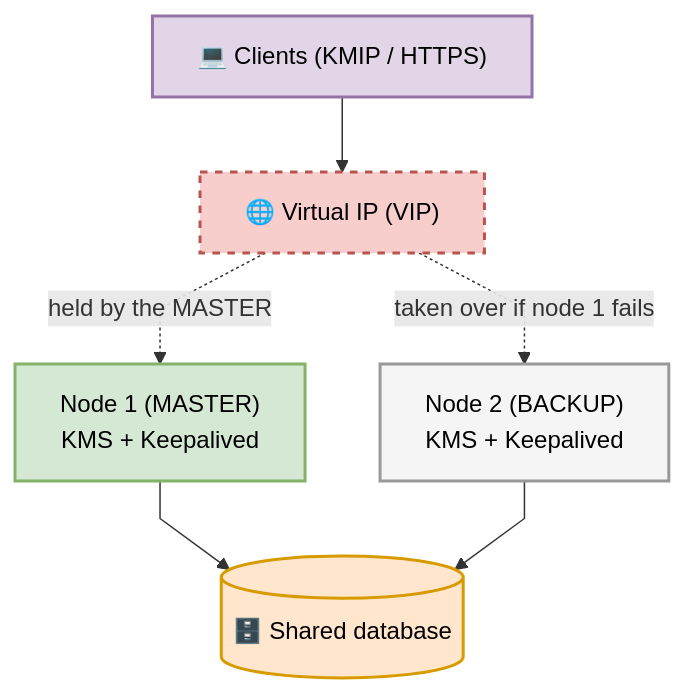
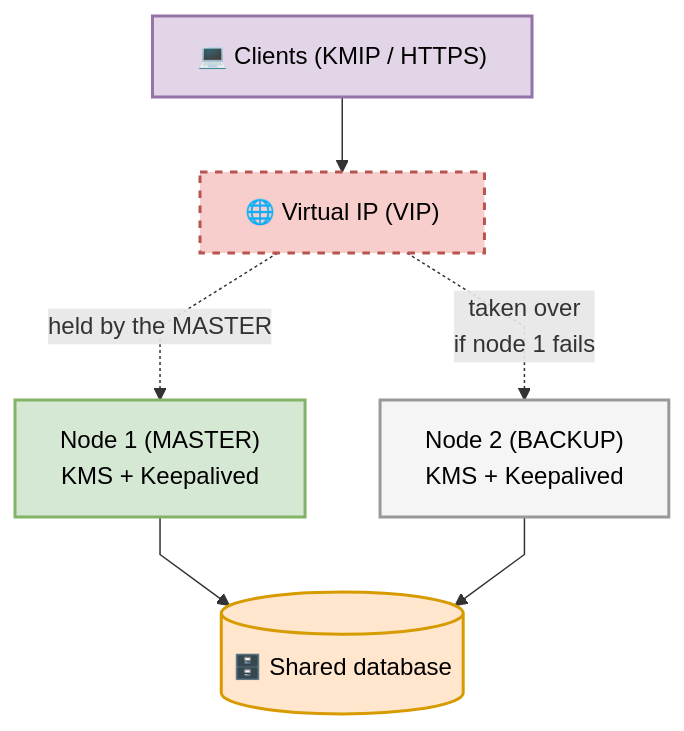
Before and after one commit to Cosmian/kms: the fourth of 4 diagrams in documentation/docs/installation/high_availability_mode.md, drawn with Mermaid. The commit also changed other lines of this file and 2 other files, not shown here.

First line of the commit message:
docs: wrap the Mermaid labels to the repository width limits (#1366)

````diff
--- a/documentation/docs/installation/high_availability_mode.md
+++ b/documentation/docs/installation/high_availability_mode.md
@@ -167,21 +167,21 @@
 ```mermaid
 %%{init: {"flowchart": {"curve": "linear"}}}%%
 flowchart TB
     classDef client fill:#e1d5e7,stroke:#9673a6,stroke-width:2px,color:#000
     classDef vip fill:#f8cecc,stroke:#b85450,stroke-width:2px,stroke-dasharray: 5 5,color:#000
     classDef kms fill:#d5e8d4,stroke:#82b366,stroke-width:2px,color:#000
     classDef idle fill:#f5f5f5,stroke:#999,stroke-width:2px,color:#000
     classDef db fill:#ffe6cc,stroke:#d79b00,stroke-width:2px,color:#000
 
     clients["💻 Clients (KMIP / HTTPS)"]:::client
     vip["🌐 Virtual IP (VIP)"]:::vip
     node1["Node 1 (MASTER)<br/>KMS + Keepalived"]:::kms
     node2["Node 2 (BACKUP)<br/>KMS + Keepalived"]:::idle
     db[("🗄️ Shared database")]:::db
 
     clients --> vip
     vip -.->|held by the MASTER| node1
-    vip -.->|taken over if node 1 fails| node2
+    vip -.->|taken over<br/>if node 1 fails| node2
     node1 --> db
     node2 --> db
 ```
````
